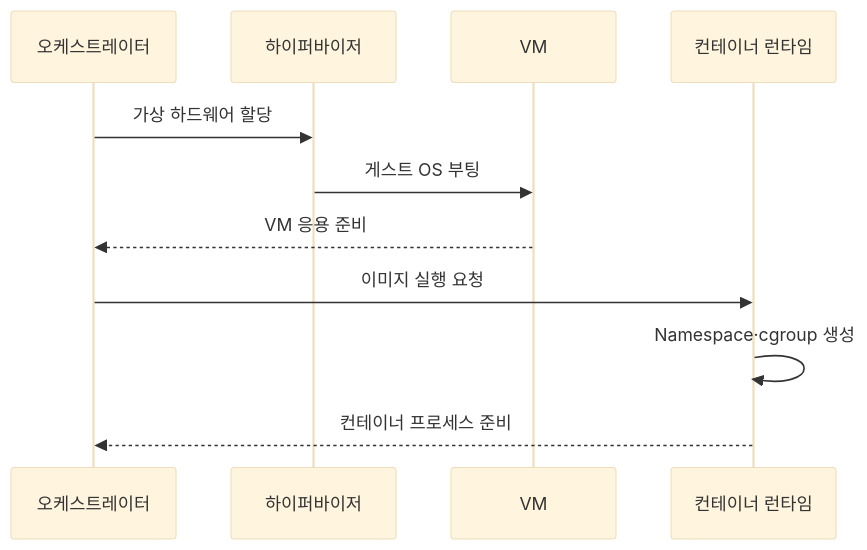
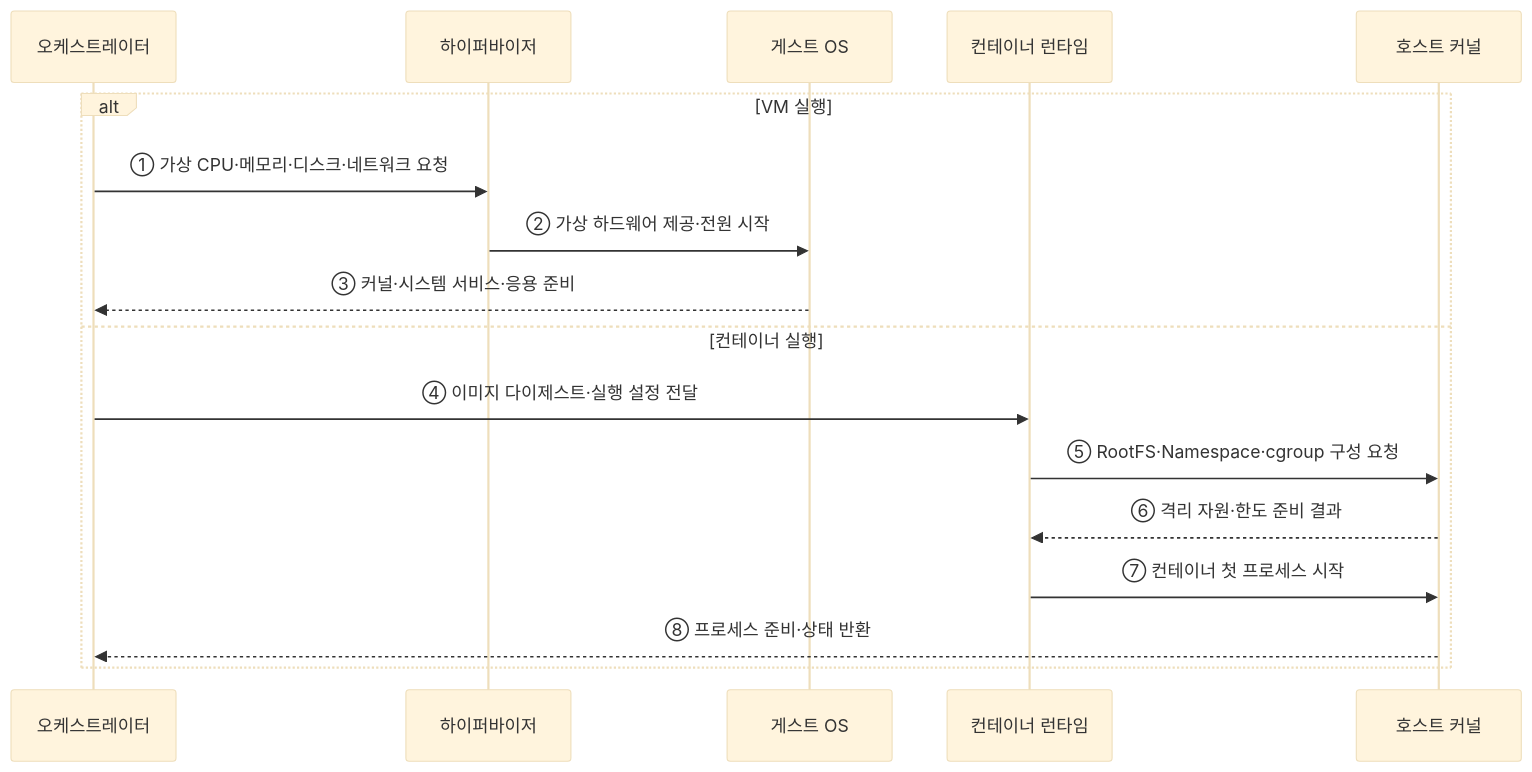
The second of 2 diagrams in src/content/docs/notes/03-software/151_vm_vs_container.md (agnusdei1207/knowledge-base), drawn with Mermaid (base theme) before and after one commit. The commit also changed other lines of this file and 20 other files, not shown here.

````diff
--- a/src/content/docs/notes/03-software/151_vm_vs_container.md
+++ b/src/content/docs/notes/03-software/151_vm_vs_container.md
@@ -80,13 +71,19 @@
 ```mermaid
 sequenceDiagram
     participant O as 오케스트레이터
     participant H as 하이퍼바이저
-    participant V as VM
+    participant V as 게스트 OS
     participant R as 컨테이너 런타임
-    O->>H: 가상 하드웨어 할당
-    H->>V: 게스트 OS 부팅
-    V-->>O: VM 응용 준비
-    O->>R: 이미지 실행 요청
-    R->>R: Namespace·cgroup 생성
-    R-->>O: 컨테이너 프로세스 준비
+    participant K as 호스트 커널
+    alt VM 실행
+        O->>H: ① 가상 CPU·메모리·디스크·네트워크 요청
+        H->>V: ② 가상 하드웨어 제공·전원 시작
+        V-->>O: ③ 커널·시스템 서비스·응용 준비
+    else 컨테이너 실행
+        O->>R: ④ 이미지 다이제스트·실행 설정 전달
+        R->>K: ⑤ RootFS·Namespace·cgroup 구성 요청
+        K-->>R: ⑥ 격리 자원·한도 준비 결과
+        R->>K: ⑦ 컨테이너 첫 프로세스 시작
+        K-->>O: ⑧ 프로세스 준비·상태 반환
+    end
 ```
````
